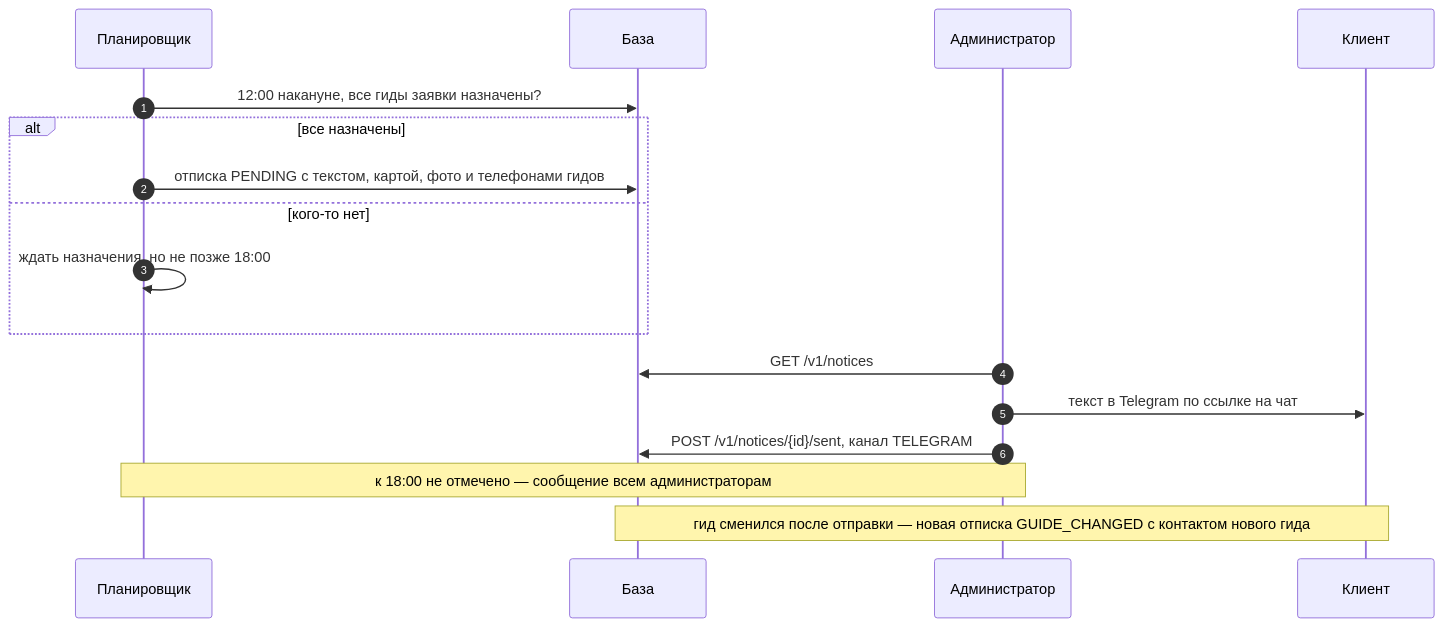
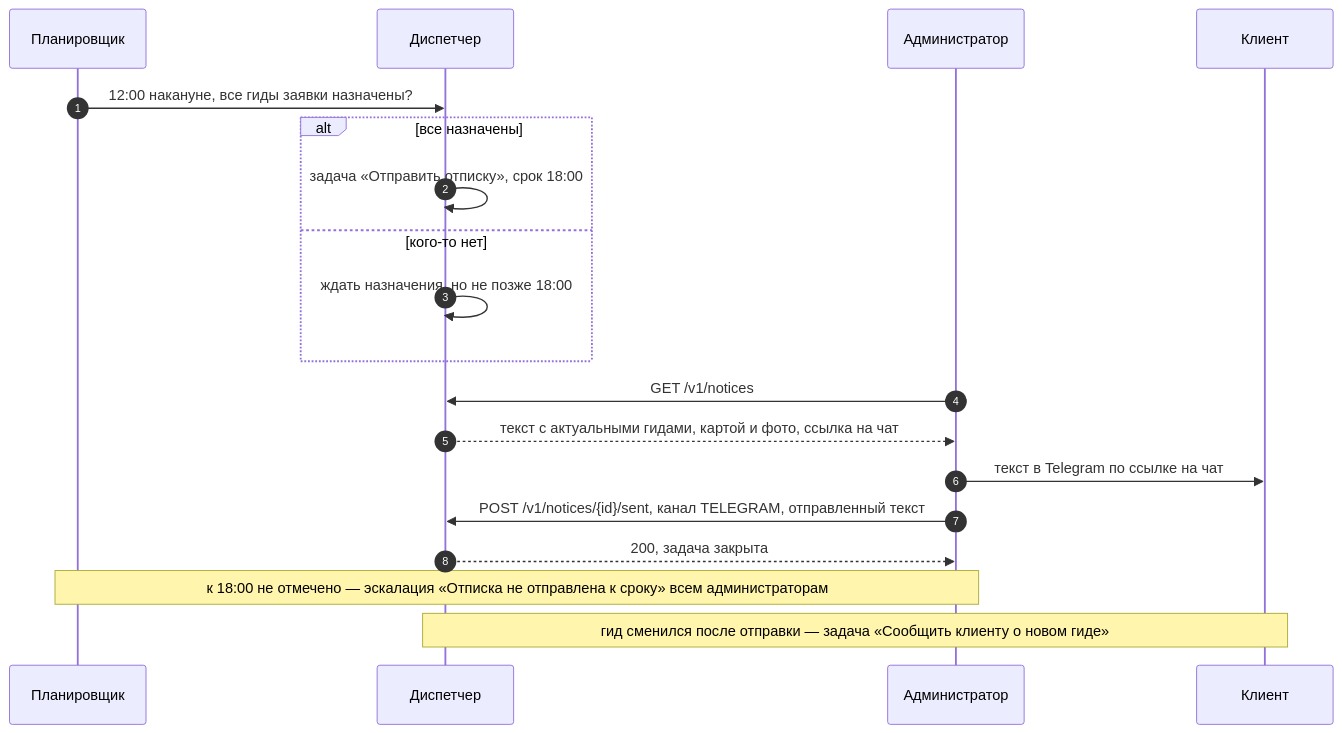
One commit to KORTEZZ12/excursion-dispatch changed the fourth of 6 diagrams in docs/design/sequences.md. Above: the diagram before and after it, drawn with Mermaid. The commit also changed other lines of this file and 10 other files, not shown here.

Commit message:
Процессы и интеграции v0.4. Замена гида всё назначение, эскалация отписки, сверка amoCRM

````diff
--- a/docs/design/sequences.md
+++ b/docs/design/sequences.md
@@ -112,19 +112,21 @@
 ```mermaid
 sequenceDiagram
   autonumber
   participant P as Планировщик
-  participant DB as База
+  participant D as Диспетчер
   participant ADM as Администратор
   participant C as Клиент
-  P->>DB: 12:00 накануне, все гиды заявки назначены?
+  P->>D: 12:00 накануне, все гиды заявки назначены?
   alt все назначены
-    P->>DB: отписка PENDING с текстом, картой, фото и телефонами гидов
+    D->>D: задача «Отправить отписку», срок 18:00
   else кого-то нет
-    P->>P: ждать назначения, но не позже 18:00
+    D->>D: ждать назначения, но не позже 18:00
   end
-  ADM->>DB: GET /v1/notices
+  ADM->>D: GET /v1/notices
+  D-->>ADM: текст с актуальными гидами, картой и фото, ссылка на чат
   ADM->>C: текст в Telegram по ссылке на чат
-  ADM->>DB: POST /v1/notices/{id}/sent, канал TELEGRAM
-  Note over P,ADM: к 18:00 не отмечено — сообщение всем администраторам
-  Note over DB,C: гид сменился после отправки — новая отписка GUIDE_CHANGED с контактом нового гида
+  ADM->>D: POST /v1/notices/{id}/sent, канал TELEGRAM, отправленный текст
+  D-->>ADM: 200, задача закрыта
+  Note over P,ADM: к 18:00 не отмечено — эскалация «Отписка не отправлена к сроку» всем администраторам
+  Note over D,C: гид сменился после отправки — задача «Сообщить клиенту о новом гиде»
 ```
````
